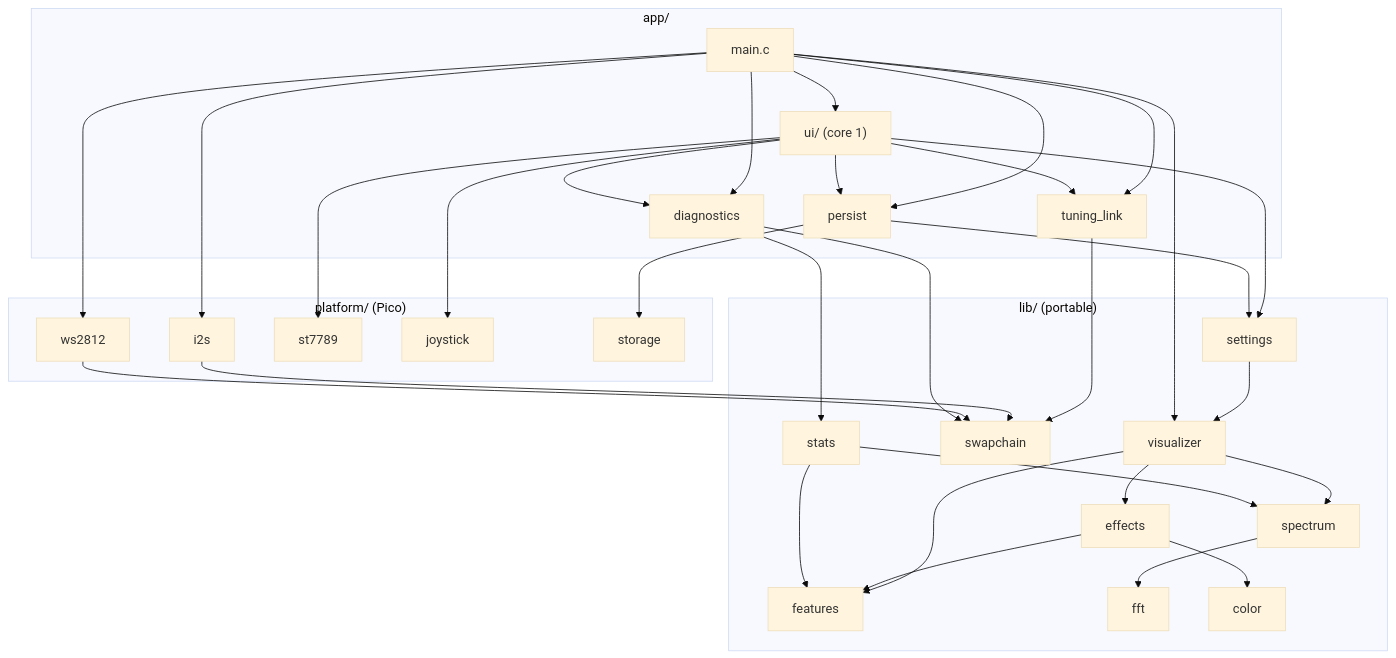
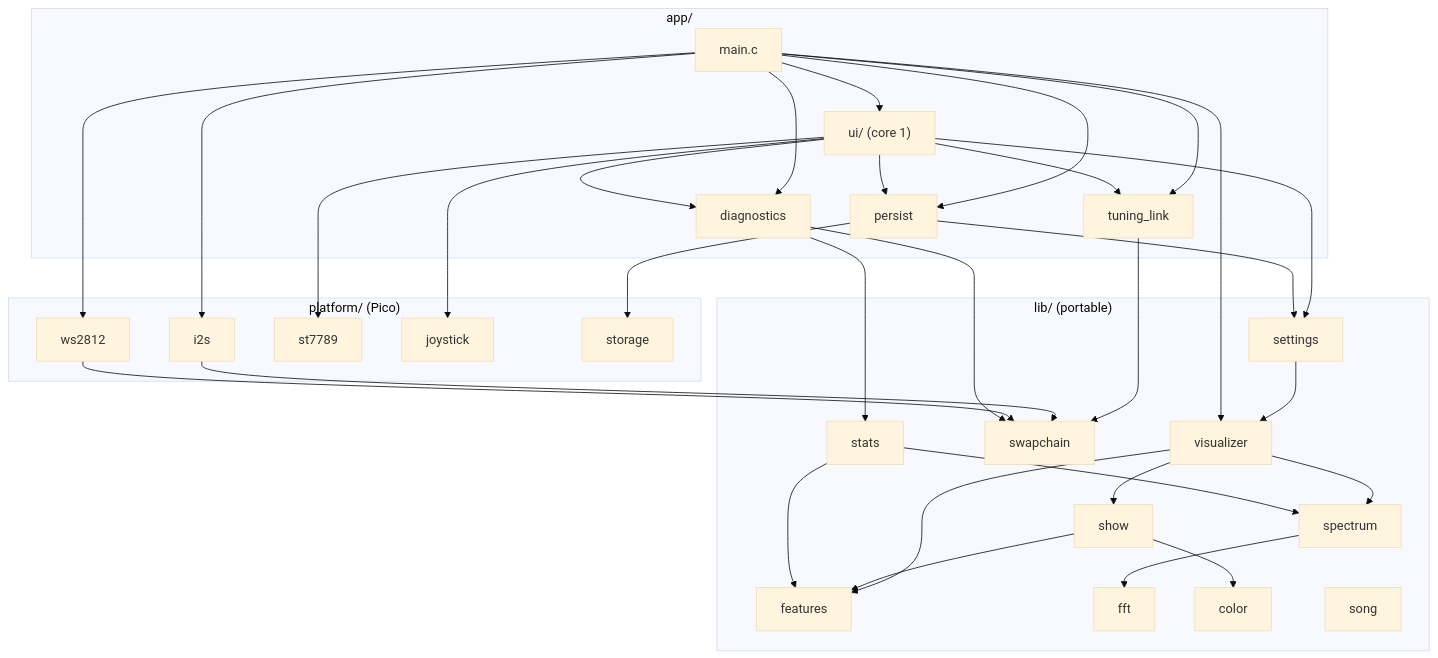
Before and after one commit to whyisitworking/light-painting: the second of 2 diagrams in README.md, drawn with Mermaid (base theme). The commit also changed other lines of this file and 35 other files, not shown here.

````diff
--- a/README.md
+++ b/README.md
@@ -329,32 +298,33 @@
 ```mermaid
 flowchart TB
     subgraph app ["app/"]
         main["main.c"]
         ui["ui/ (core 1)"]
         link["tuning_link"]
         persist
         diagnostics
     end
     subgraph platform ["platform/ (Pico)"]
         i2s
         ws2812
         st7789
         joystick
         storage
     end
     subgraph lib ["lib/ (portable)"]
         settings --> visualizer
-        visualizer --> spectrum & features & effects
+        visualizer --> spectrum & features & show
         spectrum --> fft
-        effects --> features & color
+        show --> features & color
+        song
         swapchain
         stats
     end
     main --> i2s & ws2812 & visualizer & link & persist & ui & diagnostics
     ui --> st7789 & joystick & settings & link & persist & diagnostics
     persist --> storage & settings
     link --> swapchain
     i2s & ws2812 --> swapchain
     diagnostics --> stats & swapchain
     stats --> spectrum & features
 ```
````
